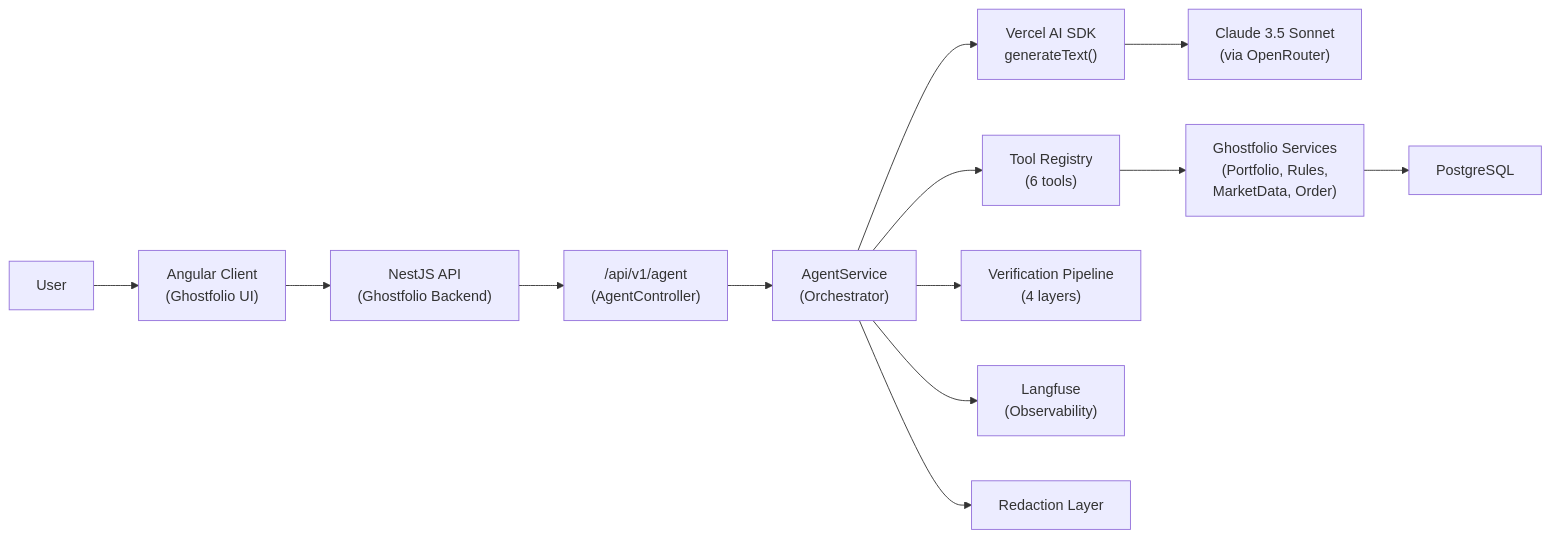
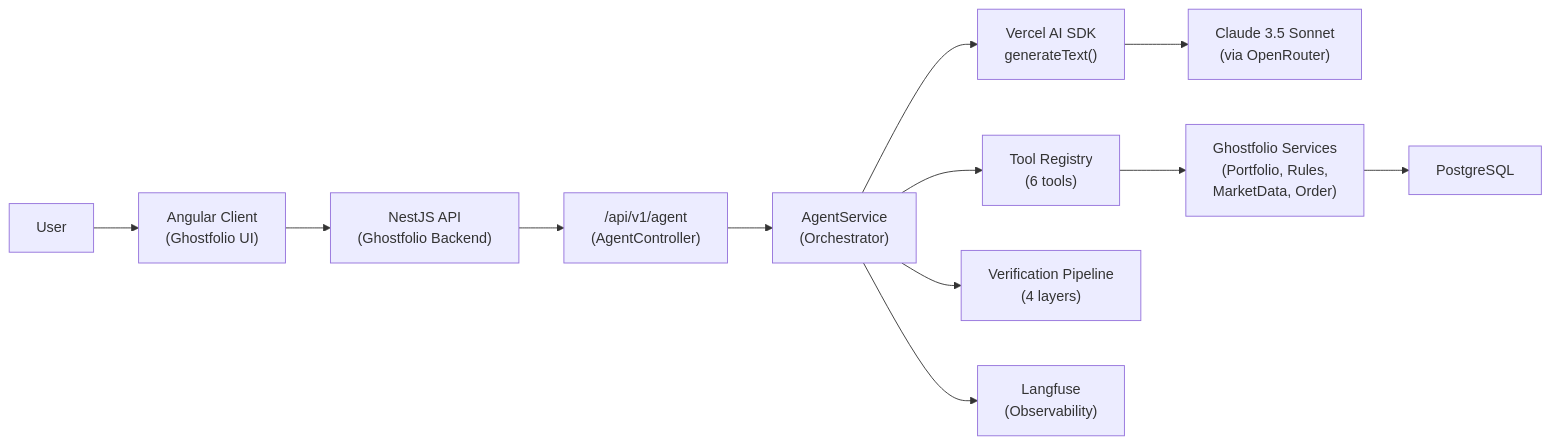
The second of 9 diagrams in docs/PRD.md (MichaelHabermas/ghostfolio), drawn with Mermaid before and after one commit. The commit also changed other lines of this file, not shown here.

First line of the commit message:
docs(prd): annotate RedactionService as planned, update Epic 13 checkboxes, add Decision 11 note

````diff
--- a/docs/PRD.md
+++ b/docs/PRD.md
@@ -253,15 +257,14 @@
 ```mermaid
 graph LR
     User["User"] --> Client["Angular Client<br/>(Ghostfolio UI)"]
     Client --> API["NestJS API<br/>(Ghostfolio Backend)"]
     API --> AgentEndpoint["/api/v1/agent<br/>(AgentController)"]
     AgentEndpoint --> AgentService["AgentService<br/>(Orchestrator)"]
     AgentService --> VercelAI["Vercel AI SDK<br/>generateText()"]
     VercelAI --> Claude["Claude 3.5 Sonnet<br/>(via OpenRouter)"]
     AgentService --> Tools["Tool Registry<br/>(6 tools)"]
     Tools --> GhostfolioSvc["Ghostfolio Services<br/>(Portfolio, Rules,<br/>MarketData, Order)"]
     GhostfolioSvc --> DB["PostgreSQL"]
     AgentService --> Verification["Verification Pipeline<br/>(4 layers)"]
     AgentService --> Langfuse["Langfuse<br/>(Observability)"]
-    AgentService --> Redaction["Redaction Layer"]
 ```
````
